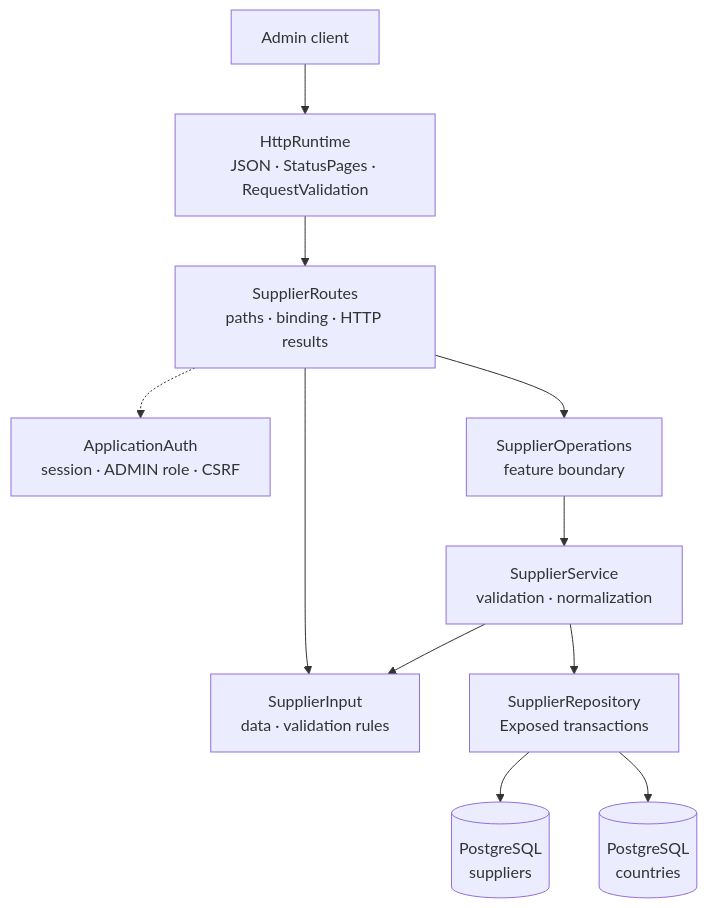
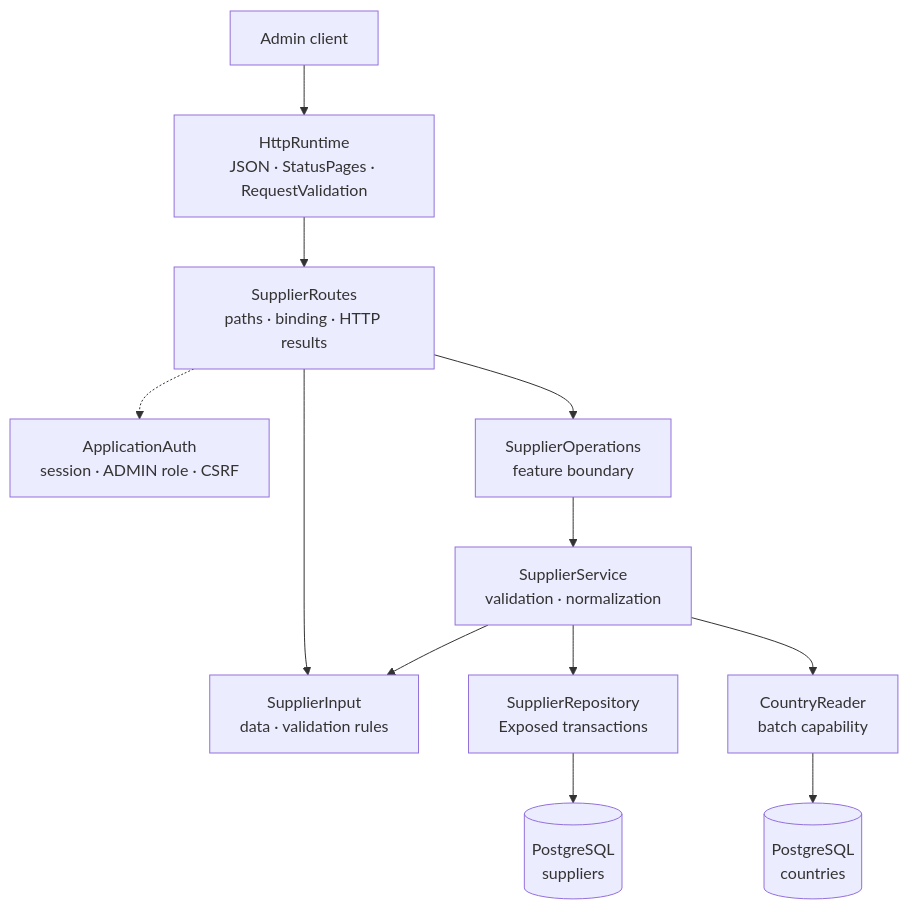
The diagram in docs/dev/backend/supplier-package.md (bitstorm-tech/voenix-shop-kotlin), drawn with Mermaid before and after one commit. The commit also changed other lines of this file and 216 other files, not shown here.

````diff
--- a/docs/dev/backend/supplier-package.md
+++ b/docs/dev/backend/supplier-package.md
@@ -20,23 +20,25 @@
 ```mermaid
 flowchart TB
     Client["Admin client"]
     Http["HttpRuntime<br/>JSON · StatusPages · RequestValidation"]
     Auth["ApplicationAuth<br/>session · ADMIN role · CSRF"]
     Routes["SupplierRoutes<br/>paths · binding · HTTP results"]
     Input["SupplierInput<br/>data · validation rules"]
     Operations["SupplierOperations<br/>feature boundary"]
     Service["SupplierService<br/>validation · normalization"]
     Repository["SupplierRepository<br/>Exposed transactions"]
+    CountryReader["CountryReader<br/>batch capability"]
     Suppliers[("PostgreSQL<br/>suppliers")]
     Countries[("PostgreSQL<br/>countries")]
 
     Client --> Http --> Routes
     Routes -.-> Auth
     Routes --> Input
     Routes --> Operations
     Operations --> Service
     Service --> Input
     Service --> Repository
     Repository --> Suppliers
-    Repository --> Countries
+    Service --> CountryReader
+    CountryReader --> Countries
 ```
````
